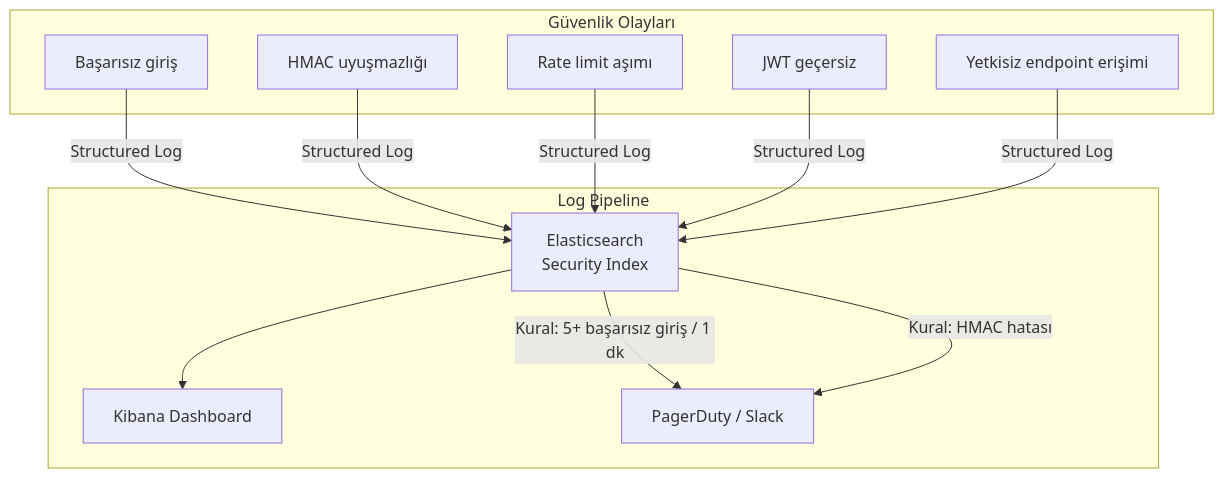
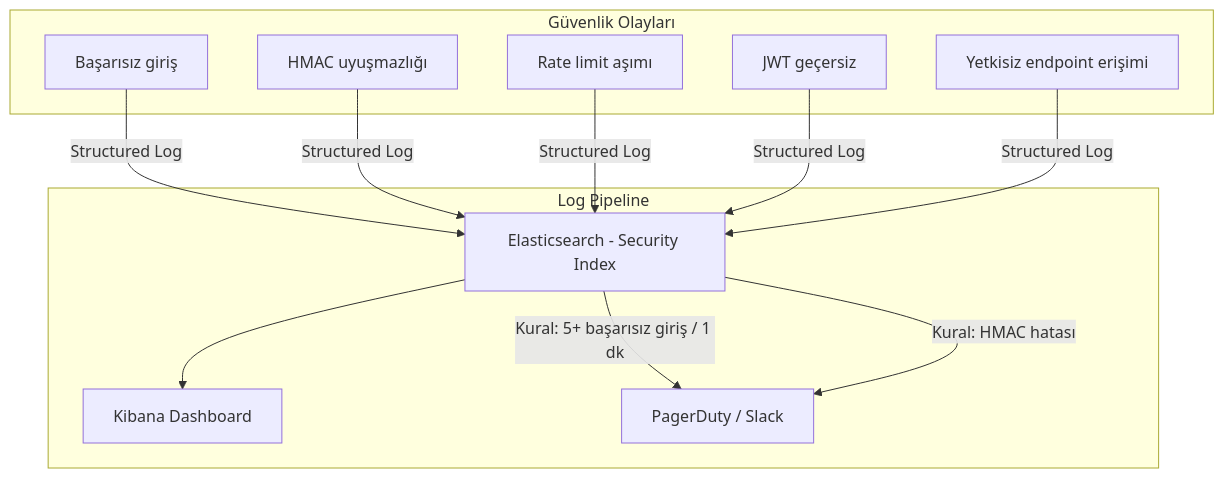
One commit to js-lover/qr-payment-system changed the fourth of 4 diagrams in docs/08-security/README.md. Above: the diagram before and after it, drawn with Mermaid. The commit also changed other lines of this file and 8 other files, not shown here.

First line of the commit message:
fix: resolve Mermaid diagram parse errors on GitHub

````diff
--- a/docs/08-security/README.md
+++ b/docs/08-security/README.md
@@ -240,21 +240,21 @@
 ```mermaid
 graph TD
     subgraph Events [Güvenlik Olayları]
         E1[Başarısız giriş]
         E2[HMAC uyuşmazlığı]
         E3[Rate limit aşımı]
         E4[JWT geçersiz]
         E5[Yetkisiz endpoint erişimi]
     end
 
     subgraph Pipeline [Log Pipeline]
-        ES[Elasticsearch\nSecurity Index]
+        ES[Elasticsearch - Security Index]
         Kibana[Kibana Dashboard]
         Alert[PagerDuty / Slack]
     end
 
     E1 & E2 & E3 & E4 & E5 -->|Structured Log| ES
     ES --> Kibana
     ES -->|Kural: 5+ başarısız giriş / 1 dk| Alert
     ES -->|Kural: HMAC hatası| Alert
 ```
````
